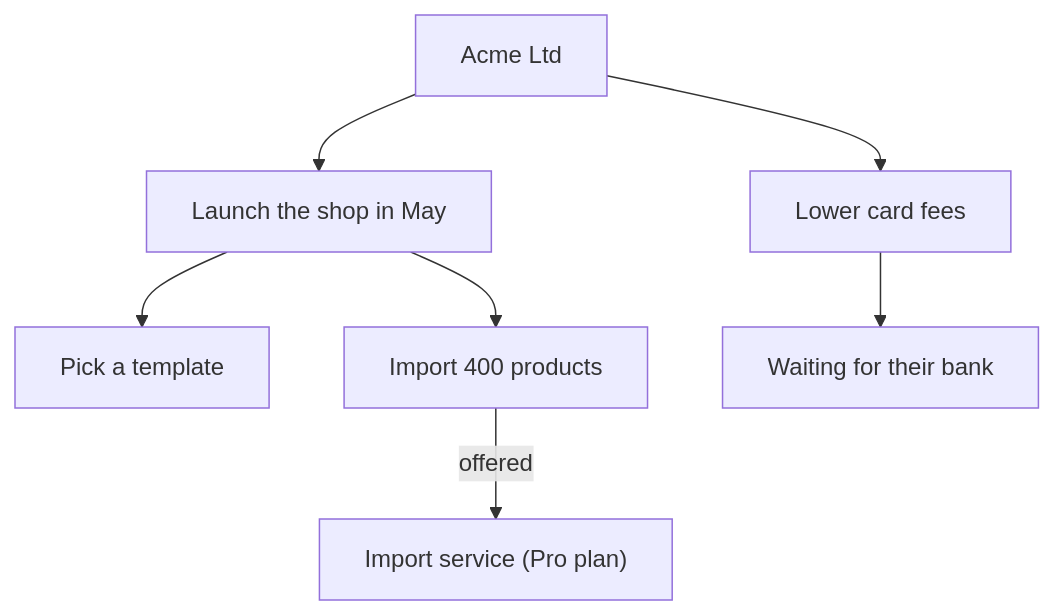
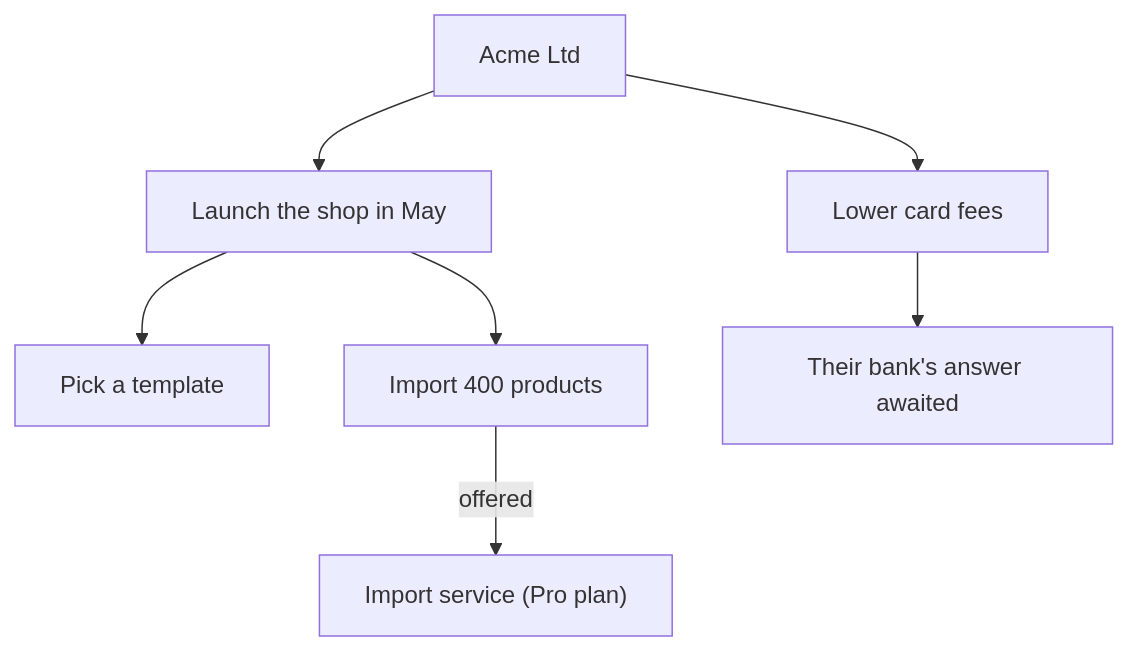
One commit to markolofsen/reforms-crm changed the diagram in @docs/core/29-client-map.md. Above: the diagram before and after it, drawn with Mermaid. The commit also changed other lines of this file and 10 other files, not shown here.

````diff
--- a/@docs/core/29-client-map.md
+++ b/@docs/core/29-client-map.md
@@ -42,9 +64,15 @@
 ```mermaid
 flowchart TD
   c["Acme Ltd"] --> p1[Launch the shop in May]
   c --> p2[Lower card fees]
   p1 --> p1a[Pick a template]:::done
   p1 --> p1b[Import 400 products]
   p1b -->|offered| p1b1["Import service (Pro plan)"]:::open
-  p2 --> p2a[Waiting for their bank]:::waiting
+  p2 --> p2a[Their bank's answer awaited]:::waiting
+  %% src p1: <CAF1x@mail.example>
+  %% src p2: 2026-11-18 telegram
+  %% src p1a: <CAF1x@mail.example>
+  %% src p1b: <CAF2y@mail.example>
+  %% src p1b1: <CAF2y@mail.example>
+  %% src p2a: 2026-11-19 call
 ```
````
